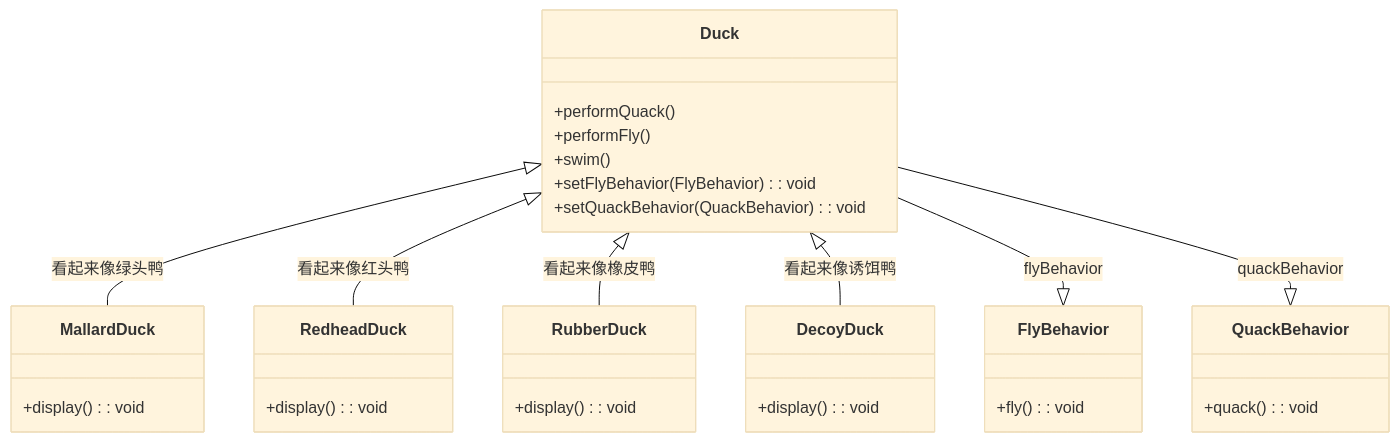
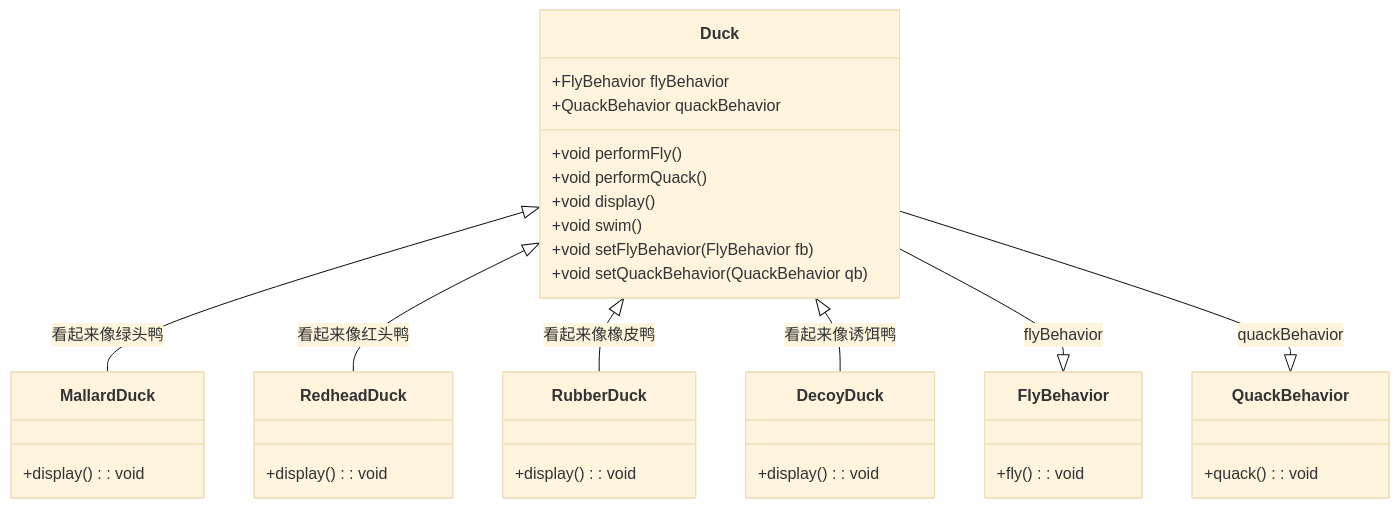
One commit to poppop9/obsidian changed the diagram in 计算机/设计模式/2-3 行为型模式.md. Above: the diagram before and after it, drawn with Mermaid (base theme). The commit also changed 2 other files, not shown here.

Commit message:
vault backup: 2024-06-01 21:57:34

````diff
--- a/计算机/设计模式/2-3 行为型模式.md
+++ b/计算机/设计模式/2-3 行为型模式.md
@@ -20,36 +20,40 @@
 ```mermaid
 classDiagram
     class Duck {
-        +performQuack()
-        +performFly()
-        +swim()
-        +setFlyBehavior(FlyBehavior) : void
-        +setQuackBehavior(QuackBehavior) : void
+      +FlyBehavior flyBehavior
+      +QuackBehavior quackBehavior
+      +void performFly()
+      +void performQuack()
+      +void display()
+      +void swim()
+      +void setFlyBehavior(FlyBehavior fb)
+      +void setQuackBehavior(QuackBehavior qb)
     }
+    
     class MallardDuck {
         +display() : void
     }
     class RedheadDuck {
         +display() : void
     }
     class RubberDuck {
         +display() : void
     }
     class DecoyDuck {
         +display() : void
     }
     class FlyBehavior {
         +fly() : void
     }
     class QuackBehavior {
         +quack() : void
     }
     
     Duck <|-- MallardDuck : 看起来像绿头鸭
     Duck <|-- RedheadDuck : 看起来像红头鸭
     Duck <|-- RubberDuck : 看起来像橡皮鸭
     Duck <|-- DecoyDuck : 看起来像诱饵鸭
     
     Duck --|> FlyBehavior : flyBehavior
     Duck --|> QuackBehavior : quackBehavior
 ```
````
